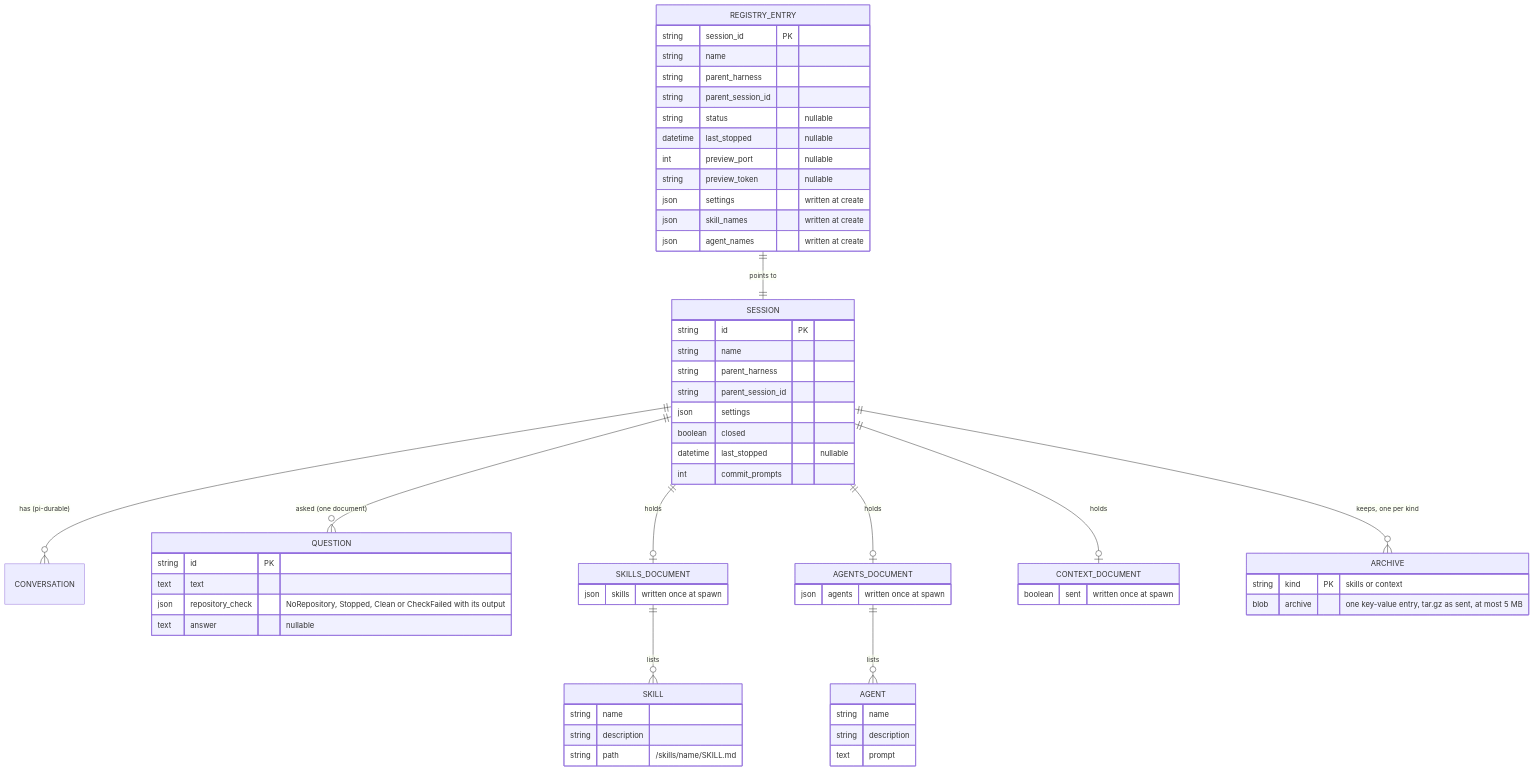
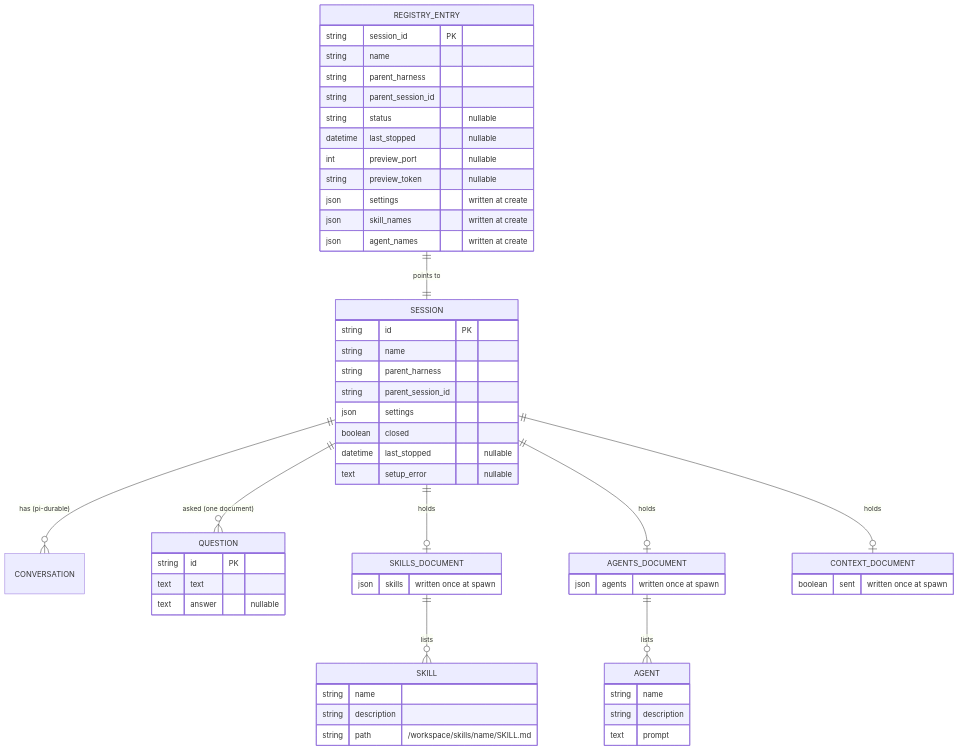
One commit to asermax/tentacles changed the second of 8 diagrams in docs/technical-design/sessions.md. Above: the diagram before and after it, drawn with Mermaid. The commit also changed other lines of this file and 14 other files, not shown here.

````diff
--- a/docs/technical-design/sessions.md
+++ b/docs/technical-design/sessions.md
@@ -63,64 +64,58 @@
 ```mermaid
 erDiagram
     REGISTRY_ENTRY ||--|| SESSION : "points to"
     SESSION ||--o{ CONVERSATION : "has (pi-durable)"
     SESSION ||--o{ QUESTION : "asked (one document)"
     SESSION ||--o| SKILLS_DOCUMENT : "holds"
     SESSION ||--o| AGENTS_DOCUMENT : "holds"
     SESSION ||--o| CONTEXT_DOCUMENT : "holds"
-    SESSION ||--o{ ARCHIVE : "keeps, one per kind"
     SKILLS_DOCUMENT ||--o{ SKILL : "lists"
     AGENTS_DOCUMENT ||--o{ AGENT : "lists"
     REGISTRY_ENTRY {
         string session_id PK
         string name
         string parent_harness
         string parent_session_id
         string status "nullable"
         datetime last_stopped "nullable"
         int preview_port "nullable"
         string preview_token "nullable"
         json settings "written at create"
         json skill_names "written at create"
         json agent_names "written at create"
     }
     SESSION {
         string id PK
         string name
         string parent_harness
         string parent_session_id
         json settings
         boolean closed
         datetime last_stopped "nullable"
-        int commit_prompts
+        text setup_error "nullable"
     }
     QUESTION {
         string id PK
         text text
-        json repository_check "NoRepository, Stopped, Clean or CheckFailed with its output"
         text answer "nullable"
     }
     SKILLS_DOCUMENT {
         json skills "written once at spawn"
     }
     AGENTS_DOCUMENT {
         json agents "written once at spawn"
     }
     CONTEXT_DOCUMENT {
         boolean sent "written once at spawn"
     }
     SKILL {
         string name
         string description
-        string path "/skills/name/SKILL.md"
+        string path "/workspace/skills/name/SKILL.md"
     }
     AGENT {
         string name
         string description
         text prompt
     }
-    ARCHIVE {
-        string kind PK "skills or context"
-        blob archive "one key-value entry, tar.gz as sent, at most 5 MB"
-    }
 ```
````
